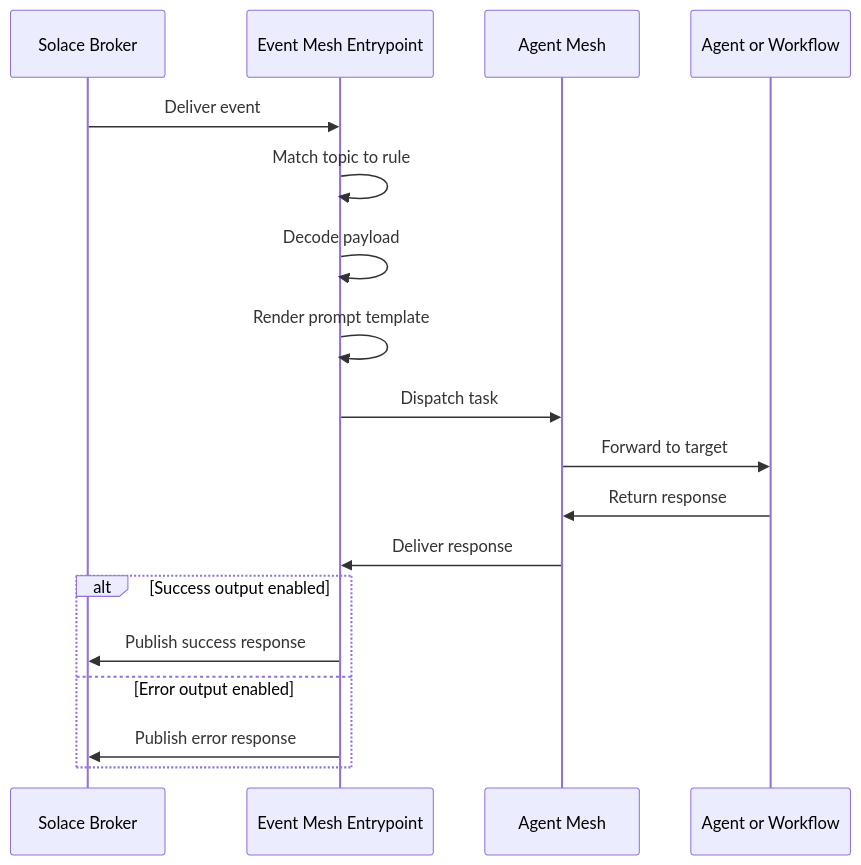
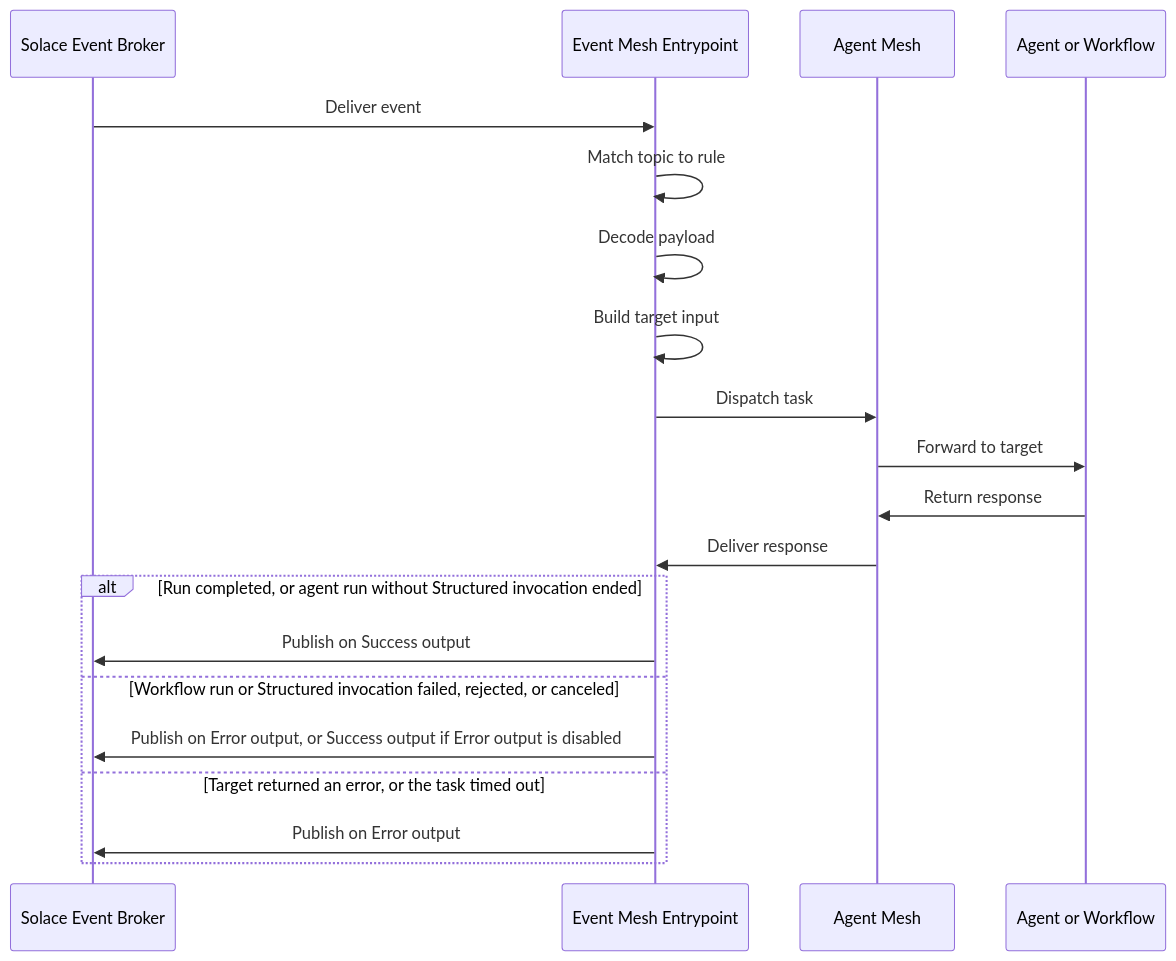
One commit to SolaceDev/solace-developer-workshops changed the diagram in .claude/skills/sam-docs/references/documentation/building/entrypoints/event-mesh/index.md. Above: the diagram before and after it, drawn with Mermaid. The commit also changed other lines of this file and 225 other files, not shown here.

````diff
--- a/.claude/skills/sam-docs/references/documentation/building/entrypoints/event-mesh/index.md
+++ b/.claude/skills/sam-docs/references/documentation/building/entrypoints/event-mesh/index.md
@@ -155,21 +193,23 @@
 ```mermaid
 sequenceDiagram
-    participant Broker as Solace Broker
+    participant Broker as Solace Event Broker
     participant Entrypoint as Event Mesh Entrypoint
     participant Mesh as Agent Mesh
     participant Target as Agent or Workflow
 
     Broker->>Entrypoint: Deliver event
     Entrypoint->>Entrypoint: Match topic to rule
     Entrypoint->>Entrypoint: Decode payload
-    Entrypoint->>Entrypoint: Render prompt template
+    Entrypoint->>Entrypoint: Build target input
     Entrypoint->>Mesh: Dispatch task
     Mesh->>Target: Forward to target
     Target->>Mesh: Return response
     Mesh->>Entrypoint: Deliver response
-    alt Success output enabled
-        Entrypoint->>Broker: Publish success response
-    else Error output enabled
-        Entrypoint->>Broker: Publish error response
+    alt Run completed, or agent run without Structured invocation ended
+        Entrypoint->>Broker: Publish on Success output
+    else Workflow run or Structured invocation failed, rejected, or canceled
+        Entrypoint->>Broker: Publish on Error output, or Success output if Error output is disabled
+    else Target returned an error, or the task timed out
+        Entrypoint->>Broker: Publish on Error output
     end
 ```
````
